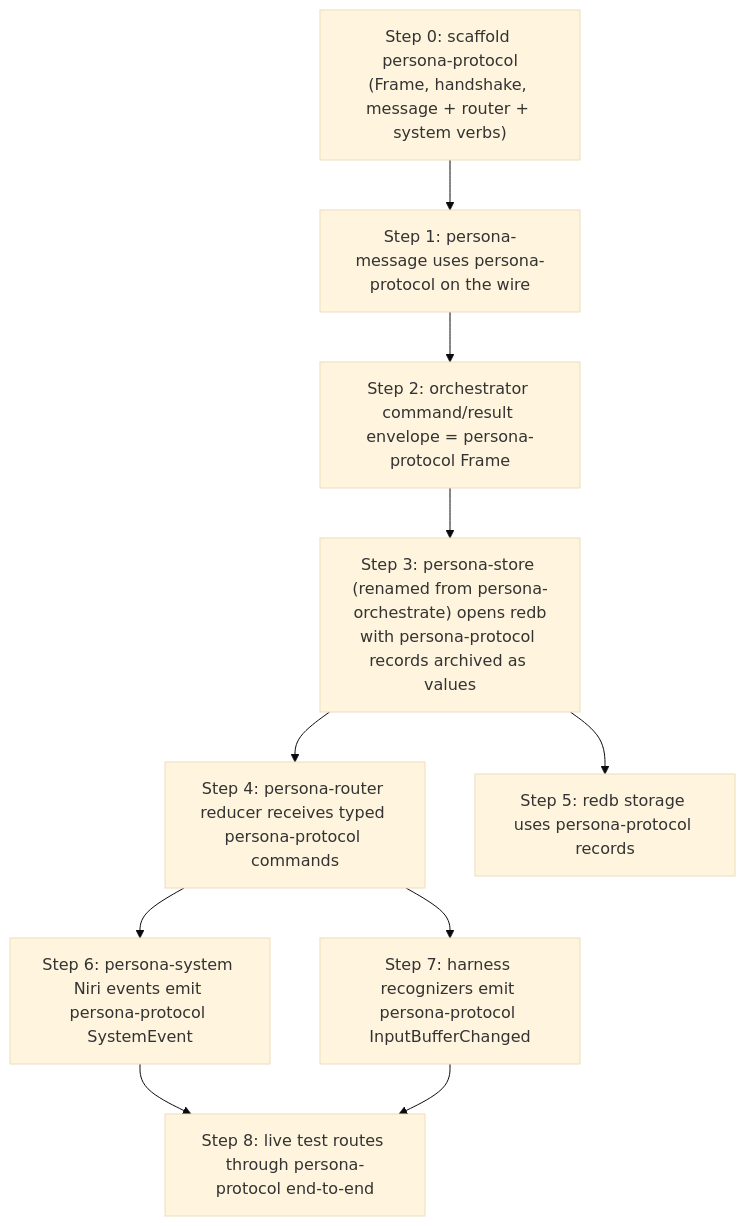
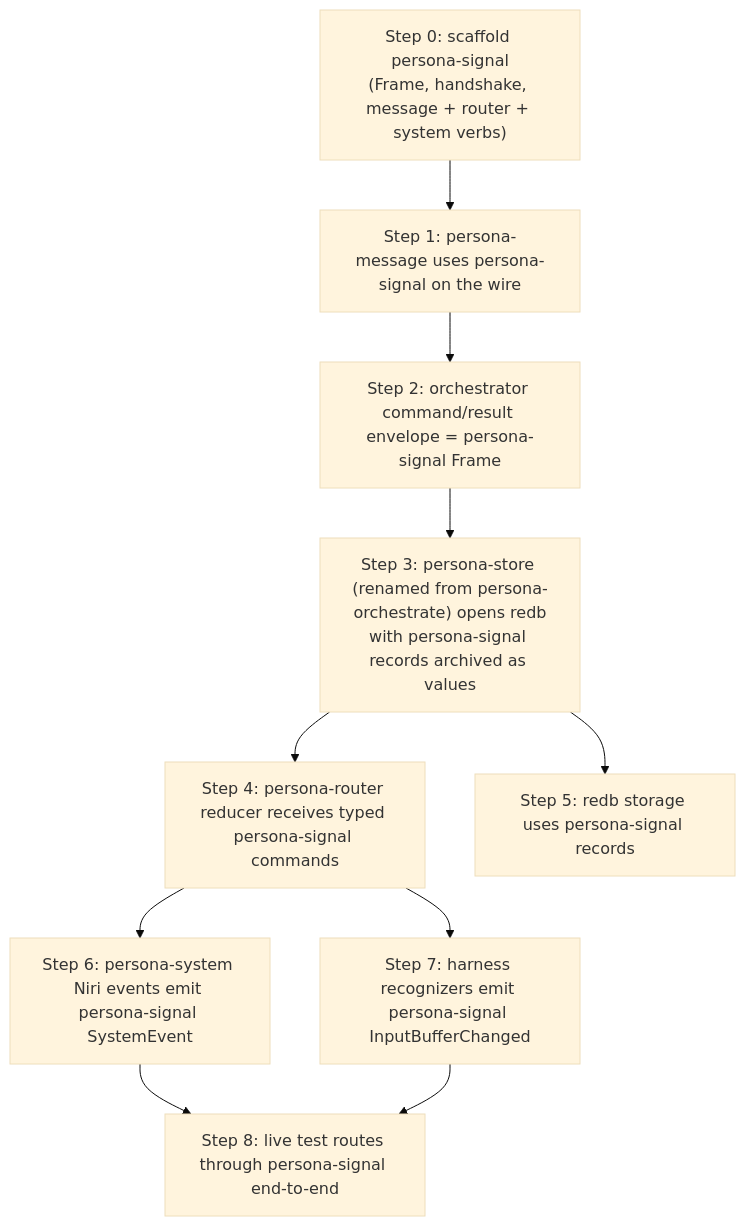
One commit to LiGoldragon/primary changed the third of 3 diagrams in reports/designer/18-persona-contract-repo-design.md. Above: the diagram before and after it, drawn with Mermaid (base theme). The commit also changed other lines of this file and 1 other file, not shown here.

First line of the commit message:
designer: rename persona-protocol to persona-signal; loosen contract-repo naming rule

````diff
--- a/reports/designer/18-persona-contract-repo-design.md
+++ b/reports/designer/18-persona-contract-repo-design.md
@@ -287,22 +297,22 @@
 ```mermaid
 flowchart TD
-    s0["Step 0: scaffold persona-protocol<br/>(Frame, handshake, message + router + system verbs)"]
-    s1["Step 1: persona-message uses persona-protocol on the wire"]
-    s2["Step 2: orchestrator command/result envelope = persona-protocol Frame"]
-    s3["Step 3: persona-store (renamed from persona-orchestrate) opens redb<br/>with persona-protocol records archived as values"]
-    s4["Step 4: persona-router reducer receives typed persona-protocol commands"]
-    s5["Step 5: redb storage uses persona-protocol records"]
-    s6["Step 6: persona-system Niri events emit persona-protocol SystemEvent"]
-    s7["Step 7: harness recognizers emit persona-protocol InputBufferChanged"]
-    s8["Step 8: live test routes through persona-protocol end-to-end"]
+    s0["Step 0: scaffold persona-signal<br/>(Frame, handshake, message + router + system verbs)"]
+    s1["Step 1: persona-message uses persona-signal on the wire"]
+    s2["Step 2: orchestrator command/result envelope = persona-signal Frame"]
+    s3["Step 3: persona-store (renamed from persona-orchestrate) opens redb<br/>with persona-signal records archived as values"]
+    s4["Step 4: persona-router reducer receives typed persona-signal commands"]
+    s5["Step 5: redb storage uses persona-signal records"]
+    s6["Step 6: persona-system Niri events emit persona-signal SystemEvent"]
+    s7["Step 7: harness recognizers emit persona-signal InputBufferChanged"]
+    s8["Step 8: live test routes through persona-signal end-to-end"]
 
     s0 --> s1
     s1 --> s2
     s2 --> s3
     s3 --> s4
     s3 --> s5
     s4 --> s6
     s4 --> s7
     s6 --> s8
     s7 --> s8
 ```
````
